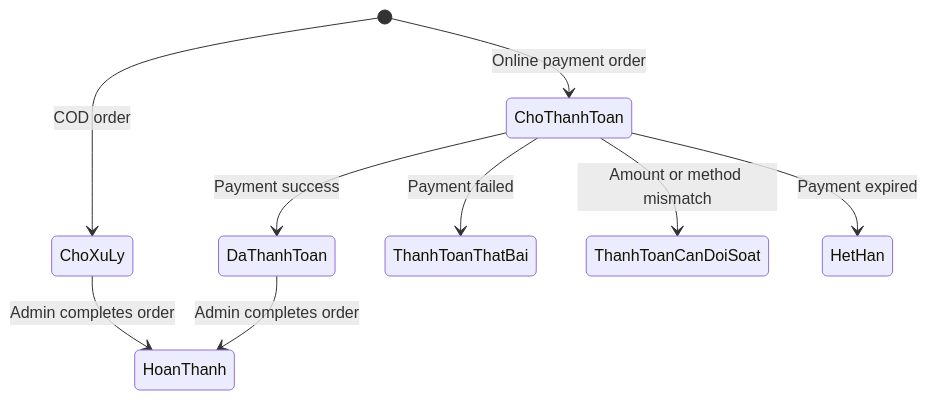
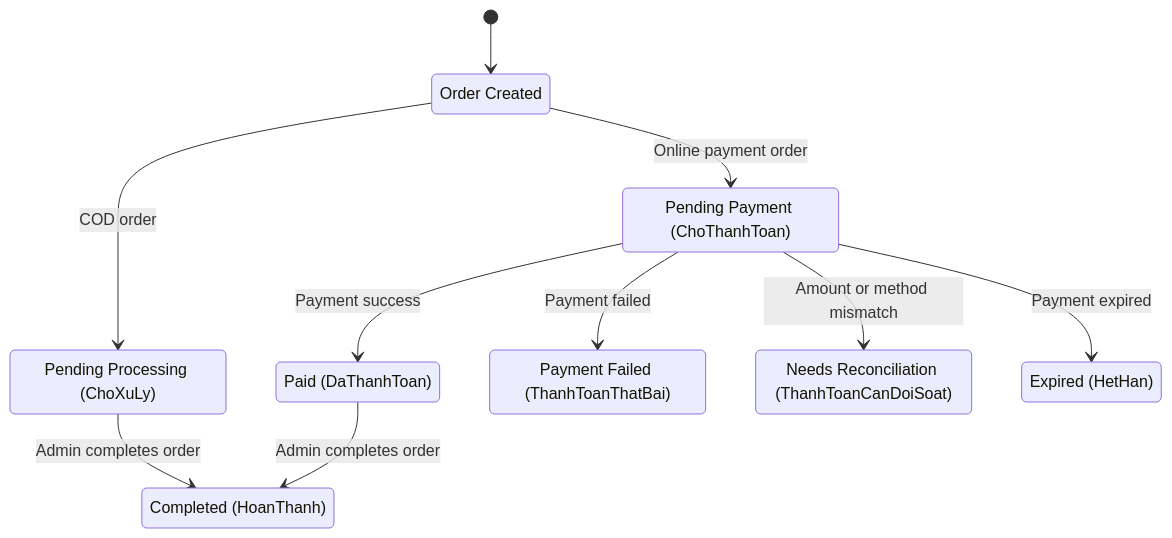
Before and after one commit to ngxuanvan/ReSip-Multi-Payment-E-Commerce: the sixth of 7 diagrams in README.md, drawn with Mermaid.

Commit message:
docs: clarify order status Mermaid flow

````diff
--- a/README.md
+++ b/README.md
@@ -194,11 +194,21 @@
 ```mermaid
 stateDiagram-v2
-    [*] --> ChoXuLy: COD order
-    [*] --> ChoThanhToan: Online payment order
-    ChoThanhToan --> DaThanhToan: Payment success
-    ChoThanhToan --> ThanhToanThatBai: Payment failed
-    ChoThanhToan --> ThanhToanCanDoiSoat: Amount or method mismatch
-    ChoThanhToan --> HetHan: Payment expired
-    ChoXuLy --> HoanThanh: Admin completes order
-    DaThanhToan --> HoanThanh: Admin completes order
+    state "Order Created" as Created
+    state "Pending Processing (ChoXuLy)" as PendingProcessing
+    state "Pending Payment (ChoThanhToan)" as PendingPayment
+    state "Paid (DaThanhToan)" as Paid
+    state "Payment Failed (ThanhToanThatBai)" as PaymentFailed
+    state "Needs Reconciliation (ThanhToanCanDoiSoat)" as Reconciliation
+    state "Expired (HetHan)" as Expired
+    state "Completed (HoanThanh)" as Completed
+
+    [*] --> Created
+    Created --> PendingProcessing: COD order
+    Created --> PendingPayment: Online payment order
+    PendingPayment --> Paid: Payment success
+    PendingPayment --> PaymentFailed: Payment failed
+    PendingPayment --> Reconciliation: Amount or method mismatch
+    PendingPayment --> Expired: Payment expired
+    PendingProcessing --> Completed: Admin completes order
+    Paid --> Completed: Admin completes order
 ```
````
